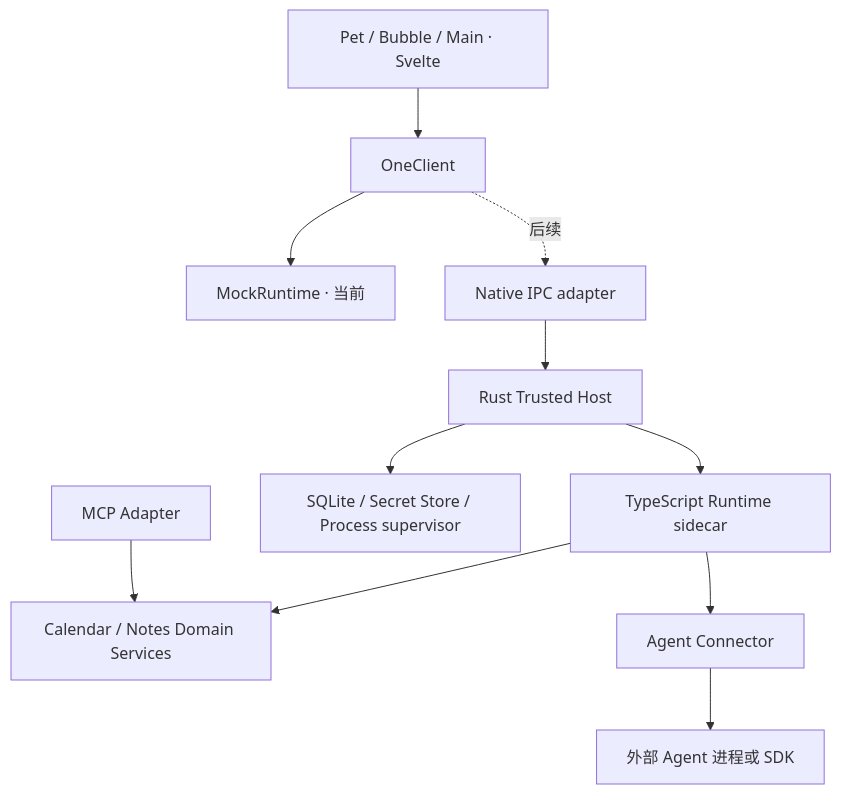
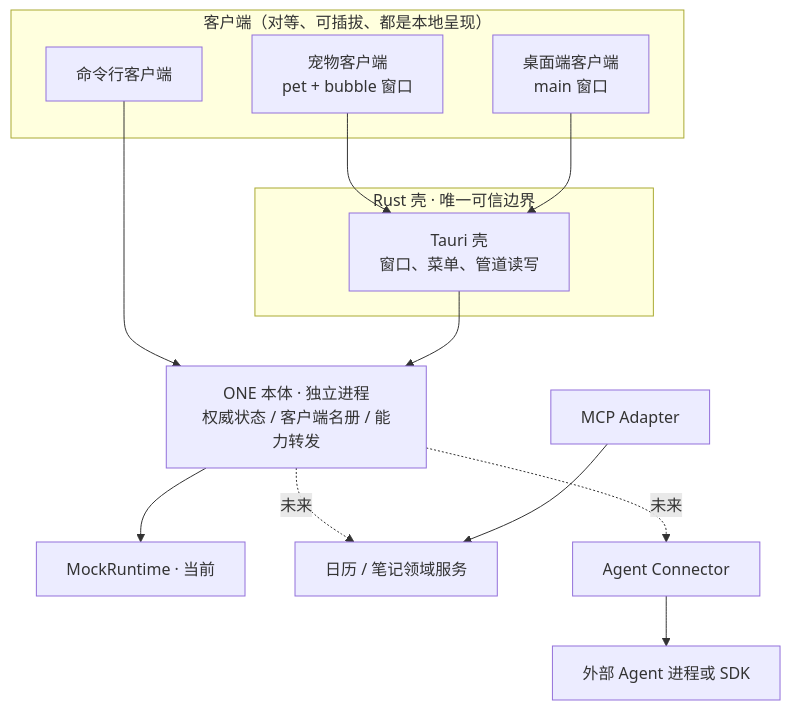
The diagram in docs/03-architecture.md (sido-meet/ONE), drawn with Mermaid before and after one commit. The commit also changed other lines of this file and 46 other files, not shown here.

````diff
--- a/docs/03-architecture.md
+++ b/docs/03-architecture.md
@@ -9,13 +11,23 @@
 ```mermaid
 flowchart TB
-  UI[Pet / Bubble / Main · Svelte] --> Client[OneClient]
-  Client --> Mock[MockRuntime · 当前]
-  Client -.后续.-> IPC[Native IPC adapter]
-  IPC --> Host[Rust Trusted Host]
-  Host --> Runtime[TypeScript Runtime sidecar]
-  Runtime --> Domain[Calendar / Notes Domain Services]
-  Runtime --> Connector[Agent Connector]
+  subgraph clients["客户端（对等、可插拔、都是本地呈现）"]
+    Pet[宠物客户端<br/>pet + bubble 窗口]
+    Desk[桌面端客户端<br/>main 窗口]
+    Cli[命令行客户端]
+  end
+  subgraph shell["Rust 壳 · 唯一可信边界"]
+    Tauri[Tauri 壳<br/>窗口、菜单、管道读写]
+  end
+  Core[ONE 本体 · 独立进程<br/>权威状态 / 客户端名册 / 能力转发]
+  Mock[MockRuntime · 当前]
+
+  Pet --> Tauri
+  Desk --> Tauri
+  Cli --> Core
+  Tauri --> Core
+  Core --> Mock
+  Core -.未来.-> Domain[日历 / 笔记领域服务]
+  Core -.未来.-> Connector[Agent Connector]
   Connector --> Agent[外部 Agent 进程或 SDK]
-  Host --> DB[SQLite / Secret Store / Process supervisor]
   MCP[MCP Adapter] --> Domain
 ```
````
